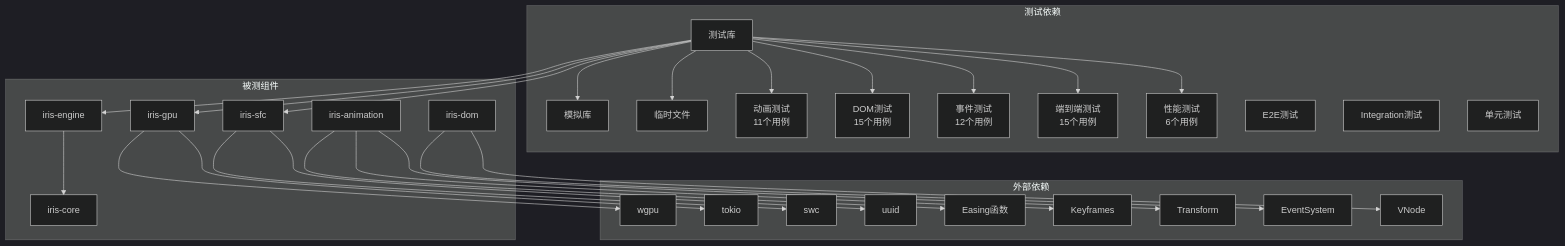
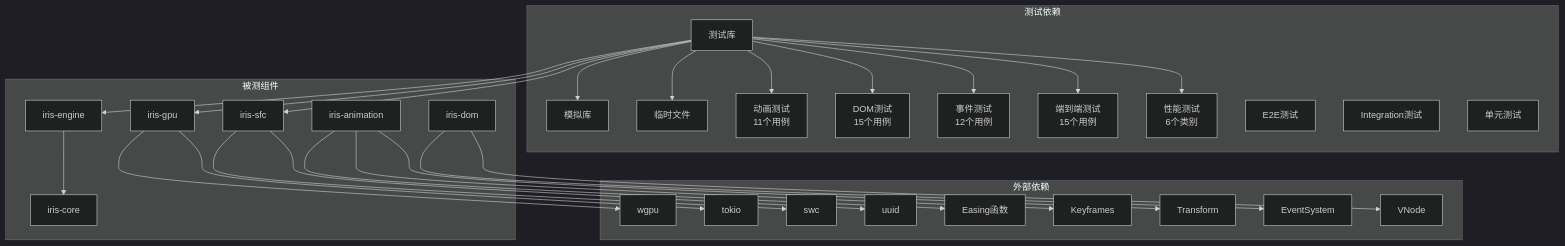
One commit to itszzl-sudo/iris changed diagram 15 of 15 in .qoder/repowiki/zh/content/核心功能特性/工程化与商业化能力/测试框架与基础设施/测试框架与基础设施.md. Above: the diagram before and after it, drawn with Mermaid (dark theme). The commit also changed other lines of this file and 5 other files, not shown here.

````diff
--- a/.qoder/repowiki/zh/content/核心功能特性/工程化与商业化能力/测试框架与基础设施/测试框架与基础设施.md
+++ b/.qoder/repowiki/zh/content/核心功能特性/工程化与商业化能力/测试框架与基础设施/测试框架与基础设施.md
@@ -621,55 +622,55 @@
 ```mermaid
 graph TB
 subgraph "测试依赖"
 TEST_LIB[测试库]
 MOCK[模拟库]
 TEMP[临时文件]
 ANIMATION_TEST[动画测试<br/>11个用例]
 DOM_TEST[DOM测试<br/>15个用例]
 EVENT_TEST[事件测试<br/>12个用例]
 E2E_TEST[端到端测试<br/>15个用例]
-PERFORMANCE_TEST[性能测试<br/>6个用例]
+PERFORMANCE_TEST[性能测试<br/>6个类别]
 END_TO_END[E2E测试]
 INTEGRATION[Integration测试]
 UNIT[单元测试]
 end
 subgraph "被测组件"
 ENGINE[iris-engine]
 GPU[iris-gpu]
 SFC[iris-sfc]
 CORE[iris-core]
 ANIM_ENGINE[iris-animation]
 DOM_ENGINE[iris-dom]
 end
 subgraph "外部依赖"
 WGPU[wgpu]
 TOKIO[tokio]
 SWC[swc]
 UUID[uuid]
 EASE[Easing函数]
 KEYFRAME[Keyframes]
 TRANSFORM[Transform]
 EVENT[EventSystem]
 VNODE[VNode]
 end
 TEST_LIB --> ENGINE
 TEST_LIB --> GPU
 TEST_LIB --> SFC
 TEST_LIB --> MOCK
 TEST_LIB --> TEMP
 TEST_LIB --> ANIMATION_TEST
 TEST_LIB --> DOM_TEST
 TEST_LIB --> EVENT_TEST
 TEST_LIB --> E2E_TEST
 TEST_LIB --> PERFORMANCE_TEST
 ENGINE --> CORE
 GPU --> WGPU
 GPU --> TOKIO
 SFC --> SWC
 SFC --> UUID
 ANIM_ENGINE --> EASE
 ANIM_ENGINE --> KEYFRAME
 ANIM_ENGINE --> TRANSFORM
 DOM_ENGINE --> EVENT
 DOM_ENGINE --> VNODE
 ```
````
